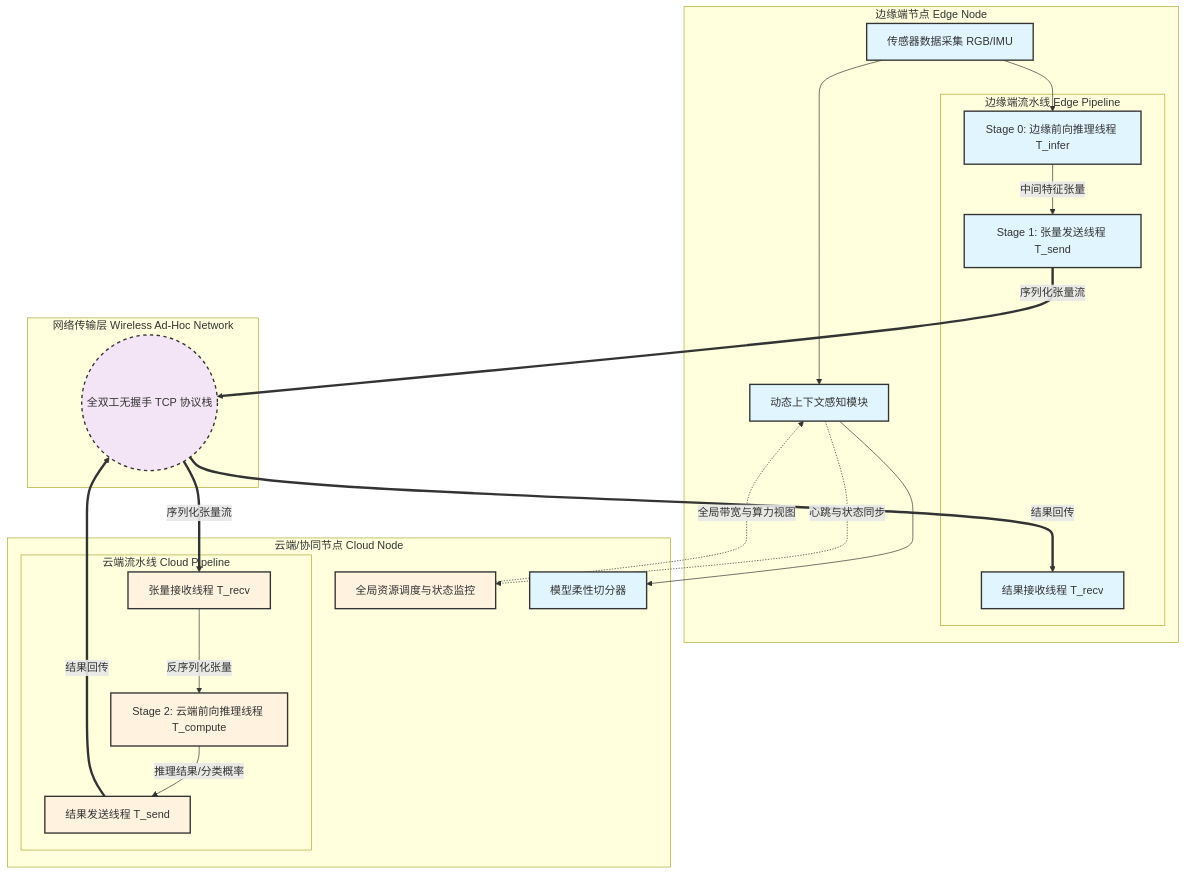
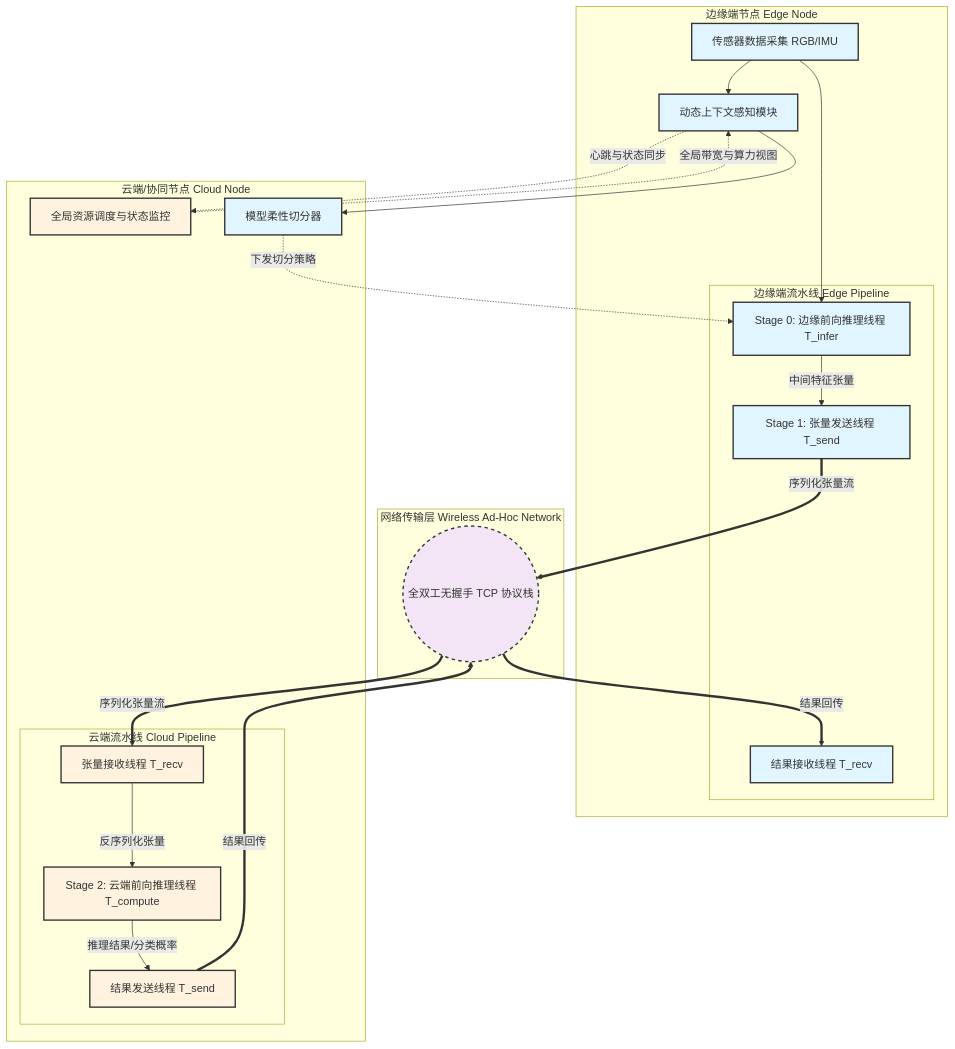
Before and after one commit to intmain-yy/iodraw-files: the diagram in all/AI-1.md, drawn with Mermaid.

Commit message:
2026-02-27 16:46:56 update

````diff
--- a/all/AI-1.md
+++ b/all/AI-1.md
@@ -1,50 +1,52 @@
 ```mermaid
 graph TD
     subgraph "边缘端节点 Edge Node"
         A1["传感器数据采集 RGB/IMU"] --> A2[动态上下文感知模块]
         
         
         subgraph "边缘端流水线 Edge Pipeline"
             A4[Stage 0: 边缘前向推理线程 T_infer]
             A5[Stage 1: 张量发送线程 T_send]
             A6[结果接收线程 T_recv]
         end
         
         
         A1 --> A4
         A4 -->|中间特征张量| A5
     end
 
     subgraph "网络传输层 Wireless Ad-Hoc Network"
         N1(("全双工无握手 TCP 协议栈"))
     end
 
     subgraph "云端/协同节点 Cloud Node"
         subgraph "云端流水线 Cloud Pipeline"
             C1[张量接收线程 T_recv]
             C2[Stage 2: 云端前向推理线程 T_compute]
             C3[结果发送线程 T_send]
         end
         
         C4[全局资源调度与状态监控]
+        C4
         A2 --> A3[模型柔性切分器]
+        A3 -.->|下发切分策略| A4
     end
 
     A5 ==>|序列化张量流| N1
     N1 ==>|序列化张量流| C1
     C1 -->|反序列化张量| C2
     C2 -->|"推理结果/分类概率"| C3
     C3 ==>|结果回传| N1
     N1 ==>|结果回传| A6
     
     A2 -.->|心跳与状态同步| C4
     C4 -.->|全局带宽与算力视图| A2
 
     classDef edge fill:#e1f5fe,stroke:#333,stroke-width:2px;
     classDef cloud fill:#fff3e0,stroke:#333,stroke-width:2px;
     classDef net fill:#f3e5f5,stroke:#333,stroke-width:2px,stroke-dasharray: 5 5;
     
     class A1,A2,A3,A4,A5,A6 edge;
     class C1,C2,C3,C4 cloud;
     class N1 net;
 ```
````
